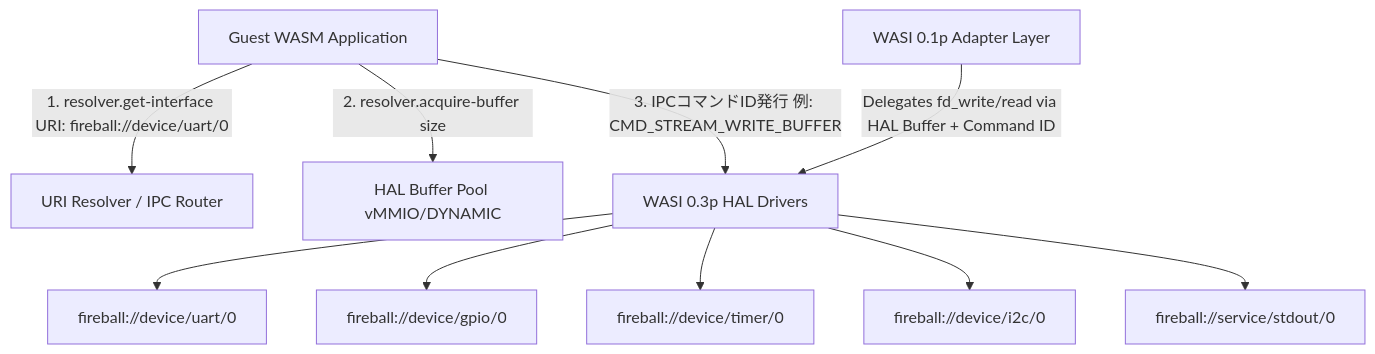
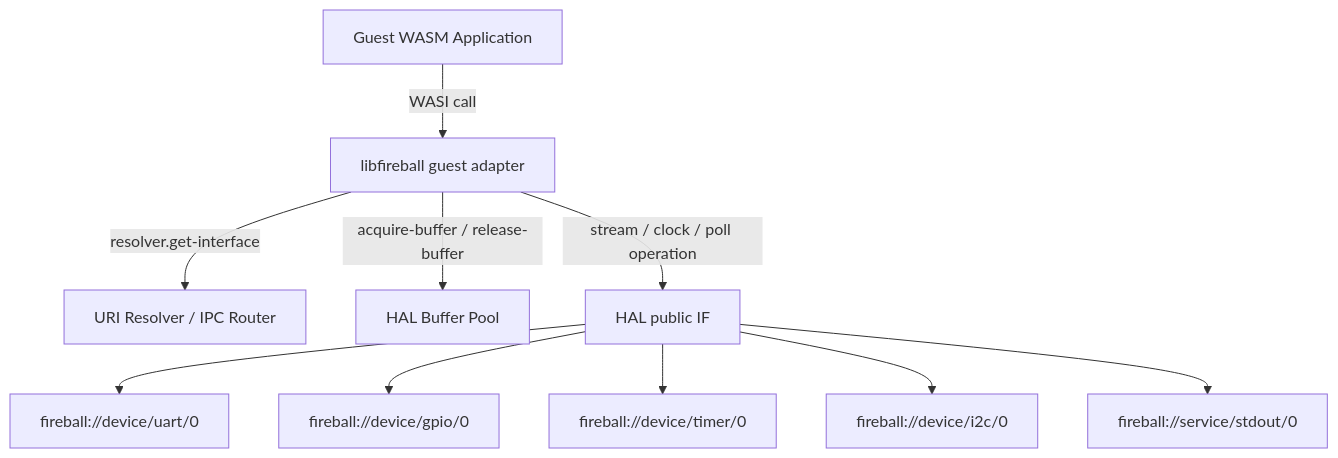
Before and after one commit to kmt-t/fireball: the diagram in docs/components/tier1_interface/interface_wit.md, drawn with Mermaid. The commit also changed other lines of this file and 37 other files, not shown here.

````diff
--- a/docs/components/tier1_interface/interface_wit.md
+++ b/docs/components/tier1_interface/interface_wit.md
@@ -48,12 +64,12 @@
 ```mermaid
 graph TD
-    Guest[Guest WASM Application] -->|1. resolver.get-interface URI: fireball://device/uart/0| Res[URI Resolver / IPC Router]
-    Guest -->|2. resolver.acquire-buffer size| HBP[HAL Buffer Pool vMMIO/DYNAMIC]
-    Guest -->|3. IPCコマンドID発行 例: CMD_STREAM_WRITE_BUFFER| W3Core[WASI 0.3p HAL Drivers]
-    W1Wrap[WASI 0.1p Adapter Layer] -->|Delegates fd_write/read via HAL Buffer + Command ID| W3Core
+    Guest[Guest WASM Application] -->|WASI call| Lib[libfireball guest adapter]
+    Lib -->|resolver.get-interface| Res[URI Resolver / IPC Router]
+    Lib -->|acquire-buffer / release-buffer| HBP[HAL Buffer Pool]
+    Lib -->|stream / clock / poll operation| W3Core[HAL public IF]
     W3Core --> UART[fireball://device/uart/0]
     W3Core --> GPIO[fireball://device/gpio/0]
     W3Core --> Timer[fireball://device/timer/0]
     W3Core --> I2C[fireball://device/i2c/0]
     W3Core --> Console[fireball://service/stdout/0]
 ```
````
